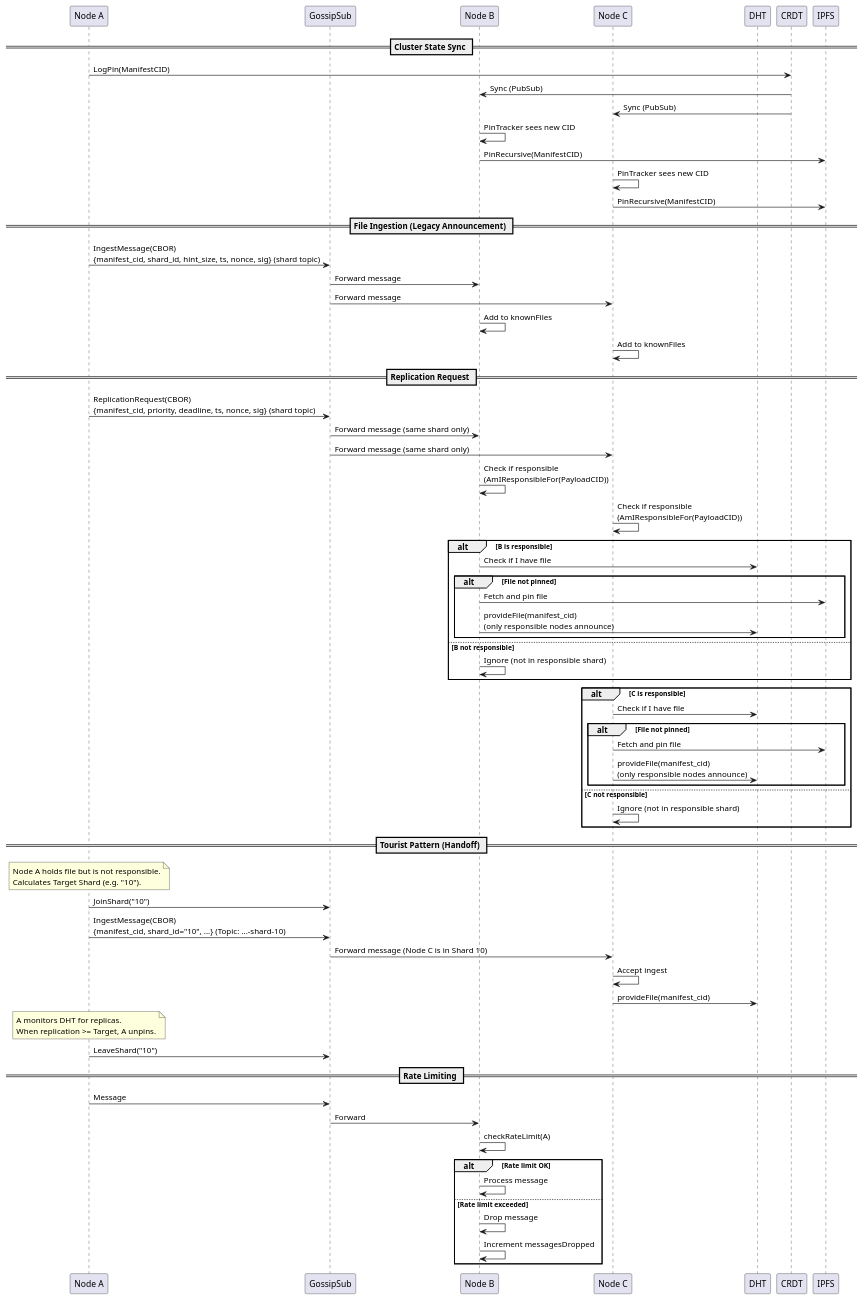
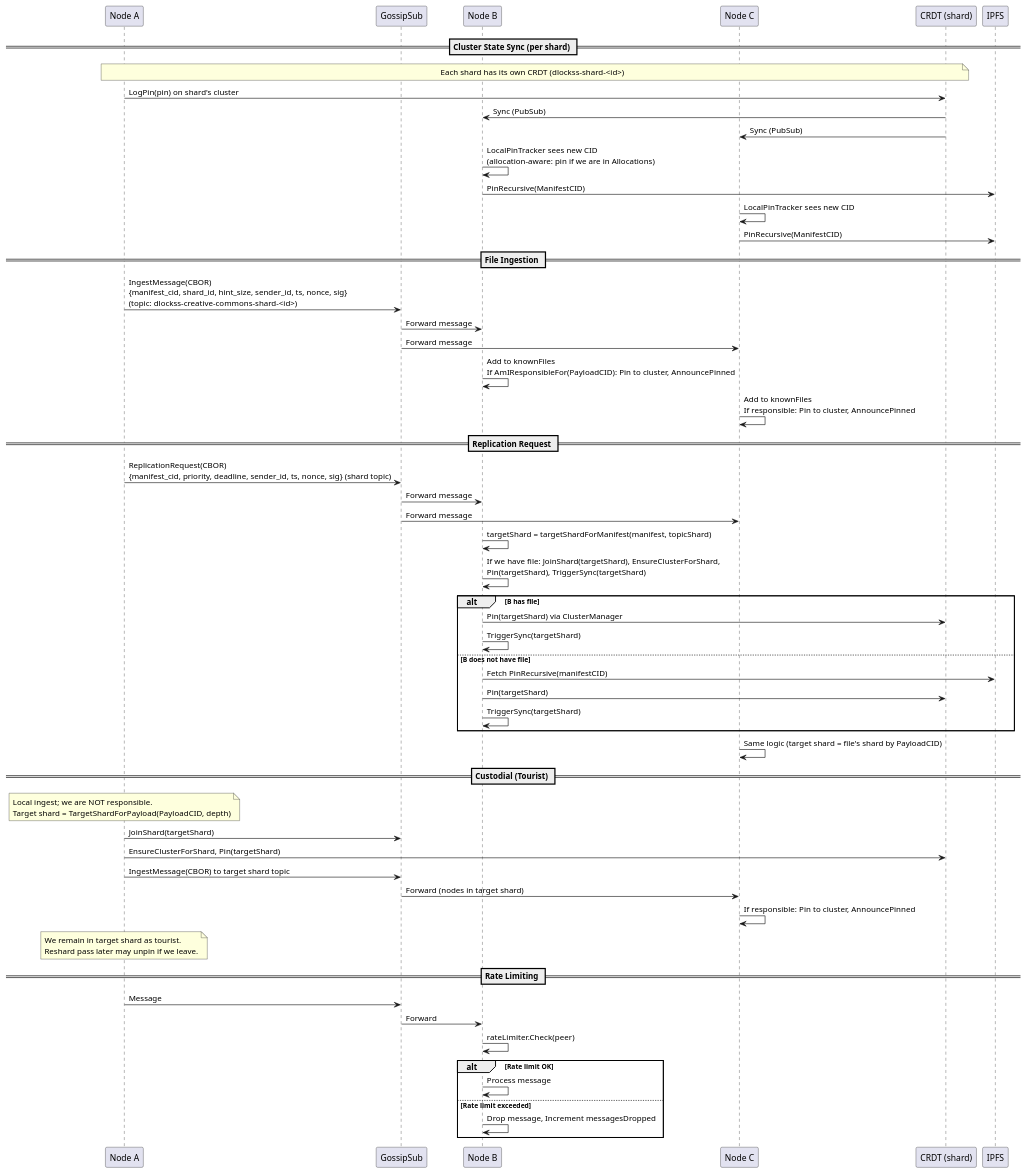
One commit to gipplab/D-LOCKSS changed the diagram in docs/message_flow.puml. Above: the diagram before and after it, drawn with PlantUML. The commit also changed 22 other files, not shown here.

```diff
--- a/docs/message_flow.puml
+++ b/docs/message_flow.puml
@@ -1,71 +1,62 @@
 @startuml Message Flow Diagram
 
 participant "Node A" as A
 participant "GossipSub" as GS
 participant "Node B" as B
 participant "Node C" as C
-participant "DHT" as DHT
+participant "CRDT (shard)" as CRDT
+participant "IPFS" as IPFS
 
-== Cluster State Sync ==
-A -> CRDT: LogPin(ManifestCID)
+== Cluster State Sync (per shard) ==
+note over A, CRDT: Each shard has its own CRDT (dlockss-shard-<id>)
+A -> CRDT: LogPin(pin) on shard's cluster
 CRDT -> B: Sync (PubSub)
 CRDT -> C: Sync (PubSub)
-B -> B: PinTracker sees new CID
+B -> B: LocalPinTracker sees new CID\n(allocation-aware: pin if we are in Allocations)
 B -> IPFS: PinRecursive(ManifestCID)
-C -> C: PinTracker sees new CID
+C -> C: LocalPinTracker sees new CID
 C -> IPFS: PinRecursive(ManifestCID)
 
-== File Ingestion (Legacy Announcement) ==
-A -> GS: IngestMessage(CBOR)\n{manifest_cid, shard_id, hint_size, ts, nonce, sig} (shard topic)
+== File Ingestion ==
+A -> GS: IngestMessage(CBOR)\n{manifest_cid, shard_id, hint_size, sender_id, ts, nonce, sig}\n(topic: dlockss-creative-commons-shard-<id>)
 GS -> B: Forward message
 GS -> C: Forward message
-B -> B: Add to knownFiles
-C -> C: Add to knownFiles
+B -> B: Add to knownFiles\nIf AmIResponsibleFor(PayloadCID): Pin to cluster, AnnouncePinned
+C -> C: Add to knownFiles\nIf responsible: Pin to cluster, AnnouncePinned
 
 == Replication Request ==
-A -> GS: ReplicationRequest(CBOR)\n{manifest_cid, priority, deadline, ts, nonce, sig} (shard topic)
-GS -> B: Forward message (same shard only)
-GS -> C: Forward message (same shard only)
-B -> B: Check if responsible\n(AmIResponsibleFor(PayloadCID))
-C -> C: Check if responsible\n(AmIResponsibleFor(PayloadCID))
-alt B is responsible
-    B -> DHT: Check if I have file
-    alt File not pinned
-        B -> IPFS: Fetch and pin file
-        B -> DHT: provideFile(manifest_cid)\n(only responsible nodes announce)
-    end
-else B not responsible
-    B -> B: Ignore (not in responsible shard)
+A -> GS: ReplicationRequest(CBOR)\n{manifest_cid, priority, deadline, sender_id, ts, nonce, sig} (shard topic)
+GS -> B: Forward message
+GS -> C: Forward message
+B -> B: targetShard = targetShardForManifest(manifest, topicShard)
+B -> B: If we have file: JoinShard(targetShard), EnsureClusterForShard,\nPin(targetShard), TriggerSync(targetShard)
+alt B has file
+    B -> CRDT: Pin(targetShard) via ClusterManager
+    B -> B: TriggerSync(targetShard)
+else B does not have file
+    B -> IPFS: Fetch PinRecursive(manifestCID)
+    B -> CRDT: Pin(targetShard)
+    B -> B: TriggerSync(targetShard)
 end
-alt C is responsible
-    C -> DHT: Check if I have file
-    alt File not pinned
-        C -> IPFS: Fetch and pin file
-        C -> DHT: provideFile(manifest_cid)\n(only responsible nodes announce)
-    end
-else C not responsible
-    C -> C: Ignore (not in responsible shard)
-end
+C -> C: Same logic (target shard = file's shard by PayloadCID)
 
-== Tourist Pattern (Handoff) ==
-note over A: Node A holds file but is not responsible.\nCalculates Target Shard (e.g. "10").
-A -> GS: JoinShard("10")
-A -> GS: IngestMessage(CBOR)\n{manifest_cid, shard_id="10", ...} (Topic: ...-shard-10)
-GS -> C: Forward message (Node C is in Shard 10)
-C -> C: Accept ingest
-C -> DHT: provideFile(manifest_cid)
-note over A: A monitors DHT for replicas.\nWhen replication >= Target, A unpins.
-A -> GS: LeaveShard("10")
+== Custodial (Tourist) ==
+note over A: Local ingest; we are NOT responsible.\nTarget shard = TargetShardForPayload(PayloadCID, depth)
+A -> GS: JoinShard(targetShard)
+A -> CRDT: EnsureClusterForShard, Pin(targetShard)
+A -> GS: IngestMessage(CBOR) to target shard topic
+GS -> C: Forward (nodes in target shard)
+C -> C: If responsible: Pin to cluster, AnnouncePinned
+note over A: We remain in target shard as tourist.\nReshard pass later may unpin if we leave.
 
 == Rate Limiting ==
 A -> GS: Message
 GS -> B: Forward
-B -> B: checkRateLimit(A)
+B -> B: rateLimiter.Check(peer)
 alt Rate limit OK
     B -> B: Process message
 else Rate limit exceeded
-    B -> B: Drop message
-    B -> B: Increment messagesDropped
+    B -> B: Drop message, Increment messagesDropped
 end
 
 @enduml
```
